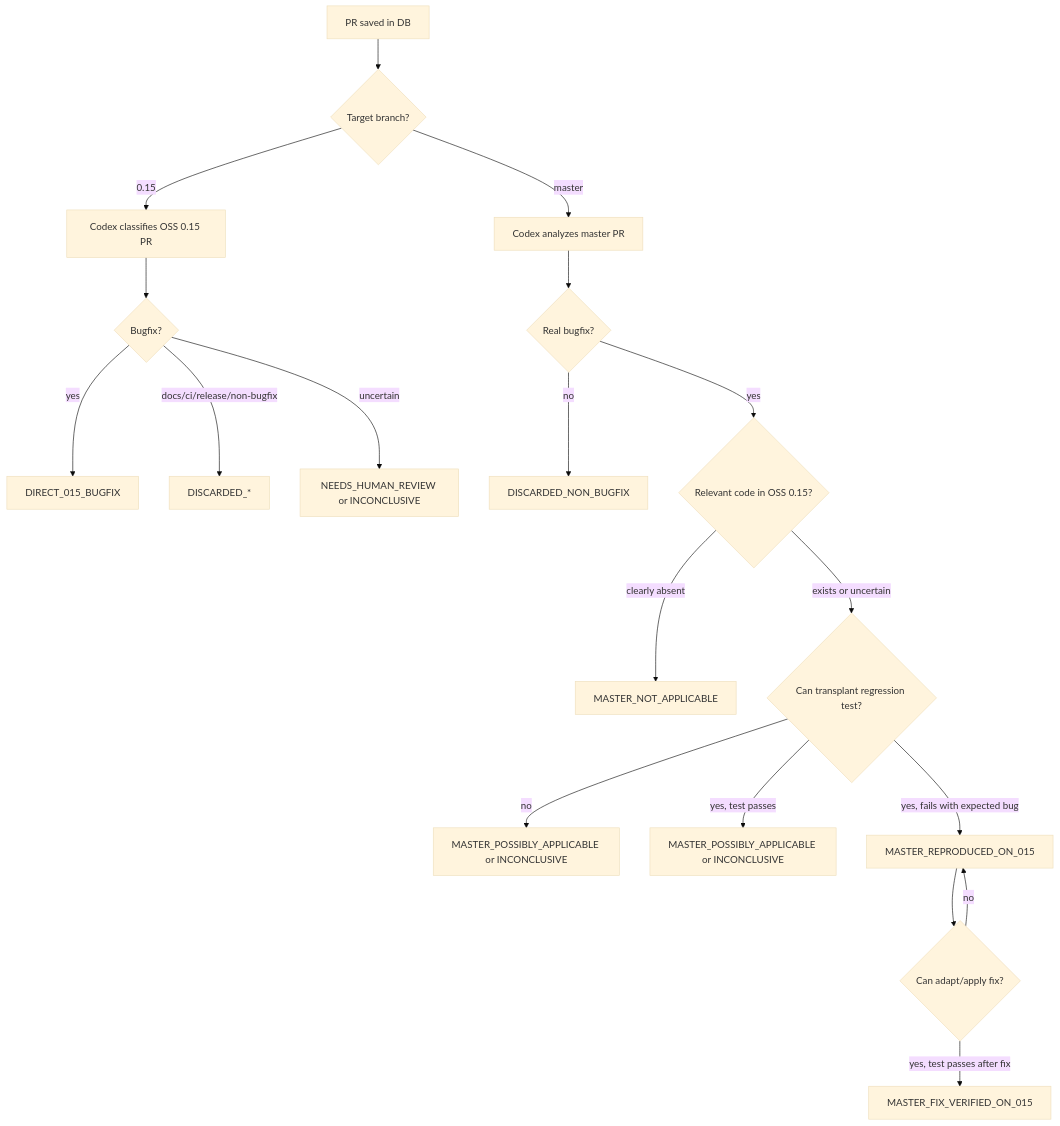
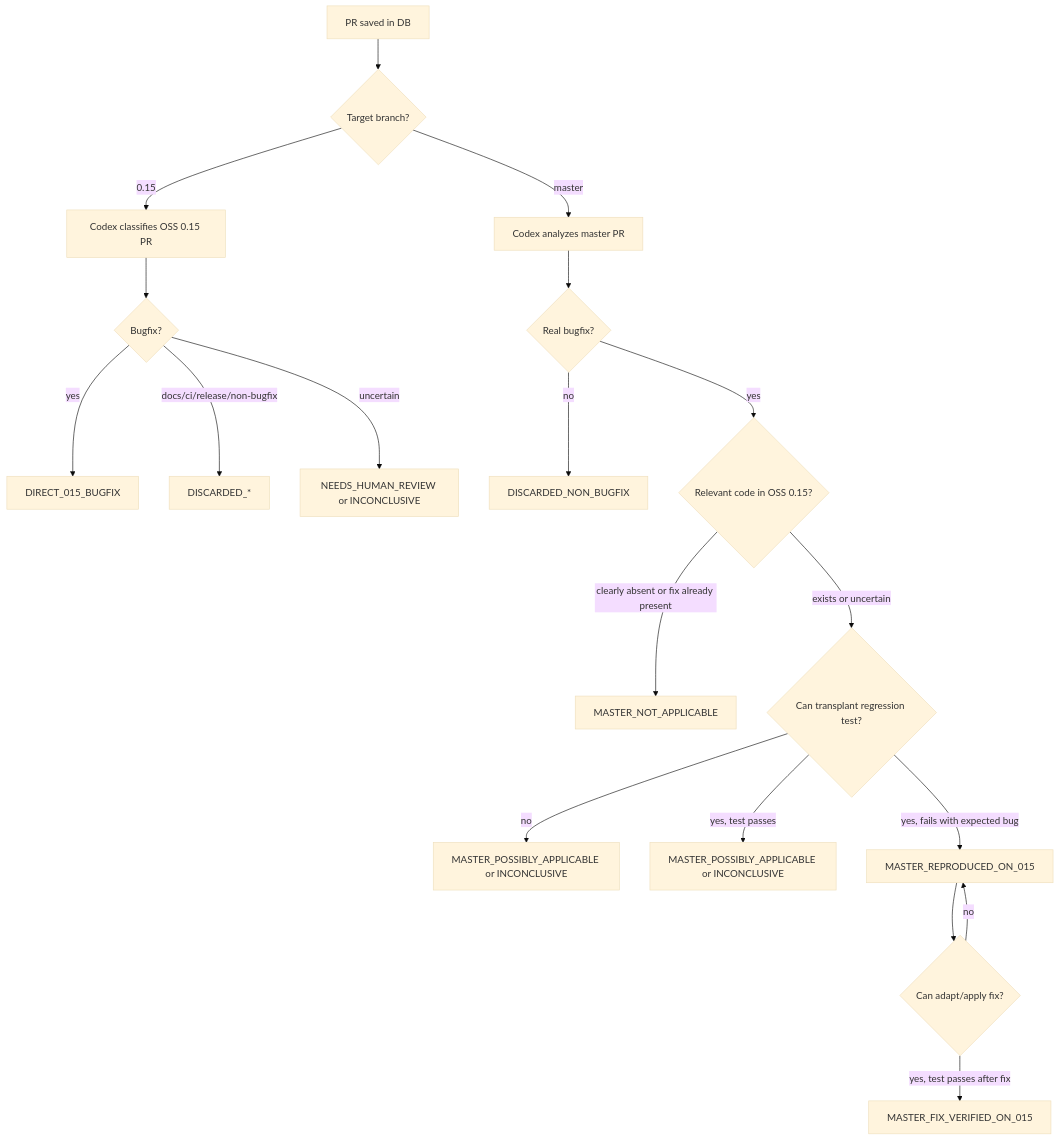
Before and after one commit to skyshineb/backports-reviewer: the third of 3 diagrams in docs/backport_harness_design.md, drawn with Mermaid (base theme). The commit also changed other lines of this file and 7 other files, not shown here.

Commit message:
Accept already-present fixes as not applicable (#19)

````diff
--- a/docs/backport_harness_design.md
+++ b/docs/backport_harness_design.md
@@ -527,26 +527,26 @@
 ```mermaid
 flowchart TD
     PR[PR saved in DB] --> Branch{Target branch?}
 
     Branch -->|0.15| Analyze015[Codex classifies OSS 0.15 PR]
     Analyze015 --> D015{Bugfix?}
     D015 -->|yes| Direct[DIRECT_015_BUGFIX]
     D015 -->|docs/ci/release/non-bugfix| Discard015[DISCARDED_*]
     D015 -->|uncertain| Human015[NEEDS_HUMAN_REVIEW or INCONCLUSIVE]
 
     Branch -->|master| AnalyzeMaster[Codex analyzes master PR]
     AnalyzeMaster --> Bugfix{Real bugfix?}
     Bugfix -->|no| DiscardMaster[DISCARDED_NON_BUGFIX]
     Bugfix -->|yes| Exists{Relevant code in OSS 0.15?}
 
-    Exists -->|clearly absent| NotApplicable[MASTER_NOT_APPLICABLE]
+    Exists -->|clearly absent or fix already present| NotApplicable[MASTER_NOT_APPLICABLE]
     Exists -->|exists or uncertain| Test{Can transplant regression test?}
 
     Test -->|no| Possible[MASTER_POSSIBLY_APPLICABLE or INCONCLUSIVE]
     Test -->|yes, test passes| Possible2[MASTER_POSSIBLY_APPLICABLE or INCONCLUSIVE]
     Test -->|yes, fails with expected bug| Reproduced[MASTER_REPRODUCED_ON_015]
 
     Reproduced --> Fix{Can adapt/apply fix?}
     Fix -->|yes, test passes after fix| Verified[MASTER_FIX_VERIFIED_ON_015]
     Fix -->|no| Reproduced
 ```
````
